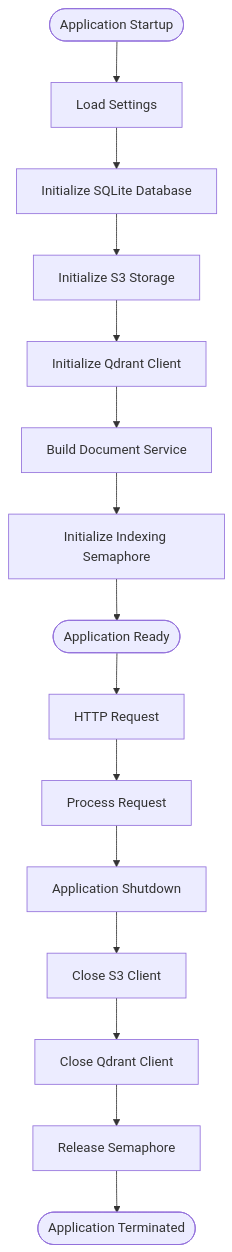
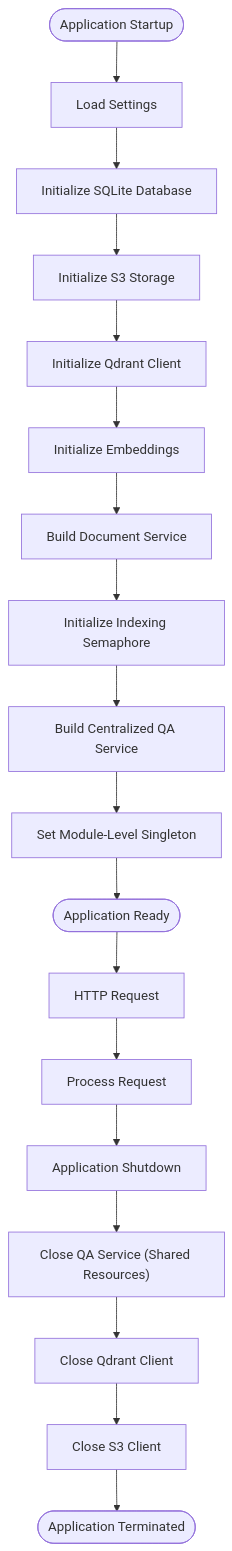
Before and after one commit to ognelis/cafetera_hr_bot: the third of 8 diagrams in .qoder/repowiki/en/content/API Reference/Dependency Injection System.md, drawn with Mermaid. The commit also changed other lines of this file and 29 other files, not shown here.

````diff
--- a/.qoder/repowiki/en/content/API Reference/Dependency Injection System.md
+++ b/.qoder/repowiki/en/content/API Reference/Dependency Injection System.md
@@ -176,17 +190,20 @@
 ```mermaid
 flowchart TD
 Start([Application Startup]) --> LoadConfig["Load Settings"]
 LoadConfig --> InitDB["Initialize SQLite Database"]
 InitDB --> InitS3["Initialize S3 Storage"]
 InitS3 --> InitQdrant["Initialize Qdrant Client"]
-InitQdrant --> BuildServices["Build Document Service"]
-BuildServices --> InitSemaphore["Initialize Indexing Semaphore"]
-InitSemaphore --> Ready([Application Ready])
+InitQdrant --> InitEmbeddings["Initialize Embeddings"]
+InitEmbeddings --> BuildDocService["Build Document Service"]
+BuildDocService --> InitSemaphore["Initialize Indexing Semaphore"]
+InitSemaphore --> BuildQAService["Build Centralized QA Service"]
+BuildQAService --> SetModuleSingleton["Set Module-Level Singleton"]
+SetModuleSingleton --> Ready([Application Ready])
 Ready --> Request[HTTP Request]
 Request --> Process[Process Request]
 Process --> Cleanup[Application Shutdown]
-Cleanup --> CloseS3["Close S3 Client"]
-CloseS3 --> CloseQdrant["Close Qdrant Client"]
-CloseQdrant --> CloseSemaphore["Release Semaphore"]
-CloseSemaphore --> End([Application Terminated])
+Cleanup --> CloseQAService["Close QA Service (Shared Resources)"]
+CloseQAService --> CloseQdrant["Close Qdrant Client"]
+CloseQdrant --> CloseS3["Close S3 Client"]
+CloseS3 --> End([Application Terminated])
 ```
````
